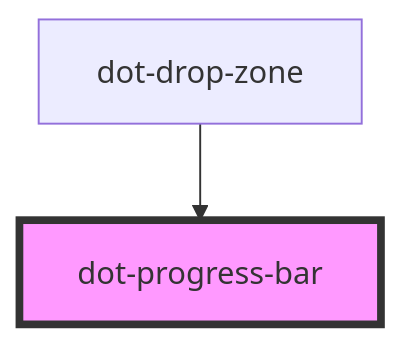
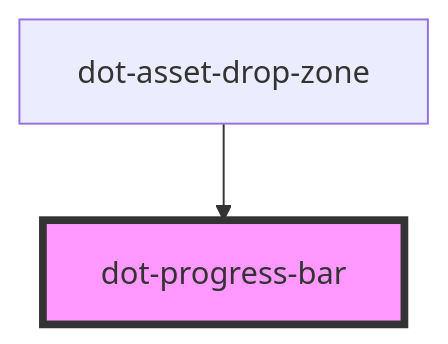
The diagram in src/elements/dot-progress-bar/readme.md (dotCMS/dotcms-webcomponents), drawn with Mermaid before and after one commit. The commit also changed other lines of this file and 7 other files, not shown here.

````diff
--- a/src/elements/dot-progress-bar/readme.md
+++ b/src/elements/dot-progress-bar/readme.md
@@ -23,5 +23,5 @@
 ```mermaid
 graph TD;
-  dot-drop-zone --> dot-progress-bar
+  dot-asset-drop-zone --> dot-progress-bar
   style dot-progress-bar fill:#f9f,stroke:#333,stroke-width:4px
 ```
````
